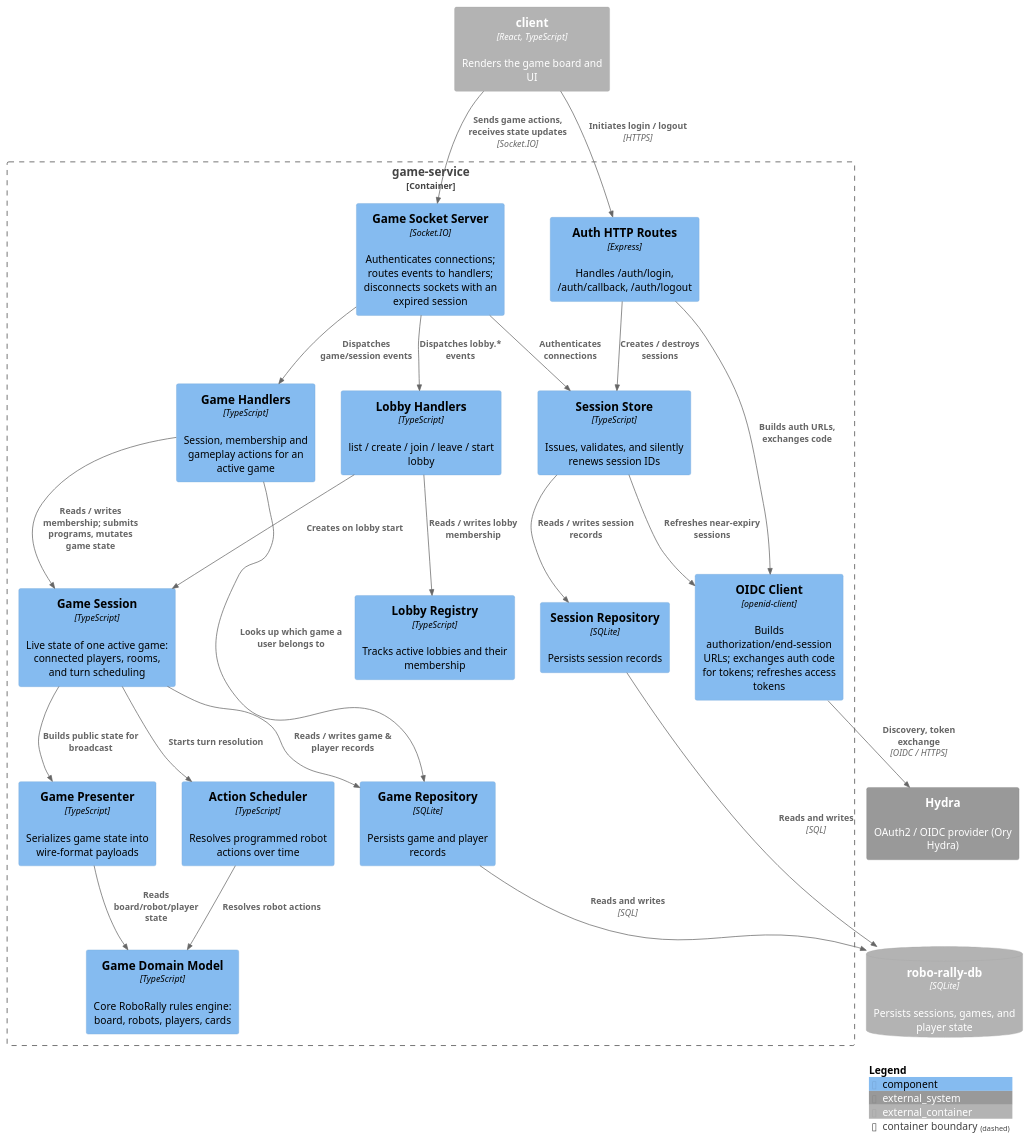
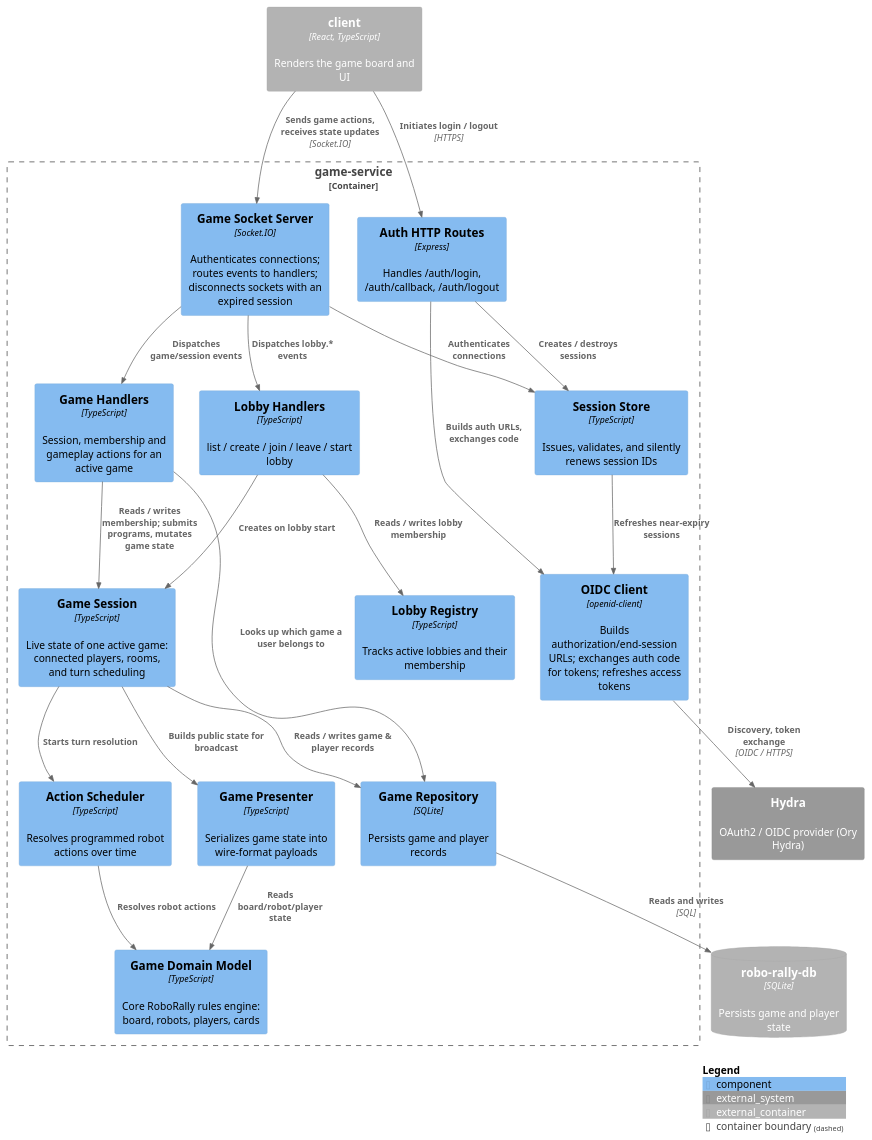
Before and after one commit to hananinas/RoboRally: the diagram in docs/architecture/figures/component-combined.puml, drawn with PlantUML. The commit also changed 6 other files, not shown here.

```diff
--- a/docs/architecture/figures/component-combined.puml
+++ b/docs/architecture/figures/component-combined.puml
@@ -1,55 +1,52 @@
 @startuml component-combined
 !include C4_Component.puml
 
 LAYOUT_WITH_LEGEND()
 
 Container_Ext(client, "client", "React, TypeScript", "Renders the game board and UI")
 System_Ext(hydra, "Hydra", "OAuth2 / OIDC provider (Ory Hydra)")
-ContainerDb_Ext(gameDb, "robo-rally-db", "SQLite", "Persists sessions, games, and player state")
+ContainerDb_Ext(gameDb, "robo-rally-db", "SQLite", "Persists game and player state")
 
 Container_Boundary(gameService, "game-service") {
     Component(authRoutes, "Auth HTTP Routes", "Express", "Handles /auth/login, /auth/callback, /auth/logout")
     Component(oidcClient, "OIDC Client", "openid-client", "Builds authorization/end-session URLs; exchanges auth code for tokens; refreshes access tokens")
     Component(sessionStore, "Session Store", "TypeScript", "Issues, validates, and silently renews session IDs")
-    Component(sessionRepo, "Session Repository", "SQLite", "Persists session records")
 
     Component(gameSocketServer, "Game Socket Server", "Socket.IO", "Authenticates connections; routes events to handlers; disconnects sockets with an expired session")
     Component(lobbyHandlers, "Lobby Handlers", "TypeScript", "list / create / join / leave / start lobby")
     Component(gameHandlers, "Game Handlers", "TypeScript", "Session, membership and gameplay actions for an active game")
     Component(lobbyRegistry, "Lobby Registry", "TypeScript", "Tracks active lobbies and their membership")
     Component(gameSession, "Game Session", "TypeScript", "Live state of one active game: connected players, rooms, and turn scheduling")
     Component(gameRepo, "Game Repository", "SQLite", "Persists game and player records")
     Component(actionScheduler, "Action Scheduler", "TypeScript", "Resolves programmed robot actions over time")
     Component(gamePresenter, "Game Presenter", "TypeScript", "Serializes game state into wire-format payloads")
     Component(gameDomain, "Game Domain Model", "TypeScript", "Core RoboRally rules engine: board, robots, players, cards")
 }
 
 Rel(client, authRoutes, "Initiates login / logout", "HTTPS")
 Rel(client, gameSocketServer, "Sends game actions, receives state updates", "Socket.IO")
 
 Rel(authRoutes, oidcClient, "Builds auth URLs, exchanges code")
 Rel(authRoutes, sessionStore, "Creates / destroys sessions")
 Rel(oidcClient, hydra, "Discovery, token exchange", "OIDC / HTTPS")
-Rel(sessionStore, sessionRepo, "Reads / writes session records")
 Rel(sessionStore, oidcClient, "Refreshes near-expiry sessions")
-Rel(sessionRepo, gameDb, "Reads and writes", "SQL")
 
 Rel(gameSocketServer, sessionStore, "Authenticates connections")
 Rel(gameSocketServer, lobbyHandlers, "Dispatches lobby.* events")
 Rel(gameSocketServer, gameHandlers, "Dispatches game/session events")
 
 Rel(lobbyHandlers, lobbyRegistry, "Reads / writes lobby membership")
 Rel(lobbyHandlers, gameSession, "Creates on lobby start")
 
 Rel(gameHandlers, gameRepo, "Looks up which game a user belongs to")
 Rel(gameHandlers, gameSession, "Reads / writes membership; submits programs, mutates game state")
 Rel(gameSession, gameRepo, "Reads / writes game & player records")
 Rel(gameRepo, gameDb, "Reads and writes", "SQL")
 
 Rel(gameSession, actionScheduler, "Starts turn resolution")
 Rel(actionScheduler, gameDomain, "Resolves robot actions")
 Rel(gameSession, gamePresenter, "Builds public state for broadcast")
 Rel(gamePresenter, gameDomain, "Reads board/robot/player state")
 
 SHOW_LEGEND()
 @enduml
```
